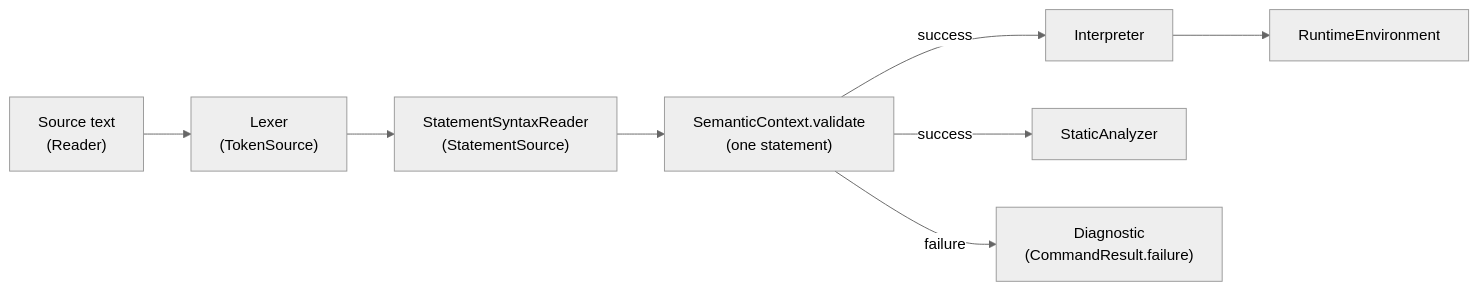
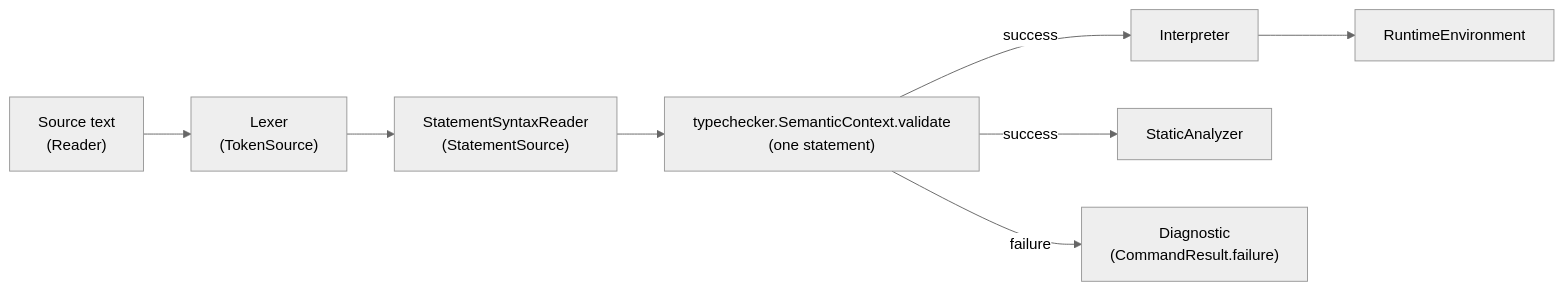
One commit to GarroteSantiago/printscript changed the second of 3 diagrams in docs/architecture.md. Above: the diagram before and after it, drawn with Mermaid (neutral theme). The commit also changed other lines of this file and 28 other files, not shown here.

````diff
--- a/docs/architecture.md
+++ b/docs/architecture.md
@@ -65,10 +73,10 @@
 ```mermaid
 flowchart LR
     Source["Source text\n(Reader)"] --> Lexer["Lexer\n(TokenSource)"]
     Lexer --> Parser["StatementSyntaxReader\n(StatementSource)"]
-    Parser --> Semantics["SemanticContext.validate\n(one statement)"]
+    Parser --> Semantics["typechecker.SemanticContext.validate\n(one statement)"]
     Semantics -->|success| Interpreter
     Semantics -->|success| Analyzer["StaticAnalyzer"]
     Semantics -->|failure| Diagnostics["Diagnostic\n(CommandResult.failure)"]
     Interpreter --> RuntimeEnv["RuntimeEnvironment"]
 ```
````
